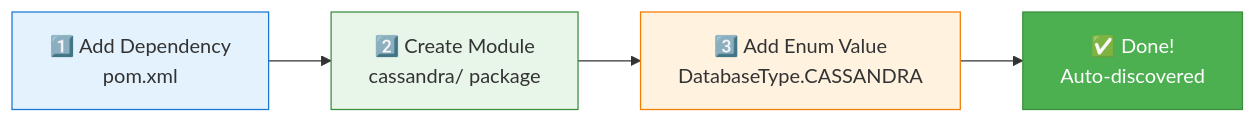
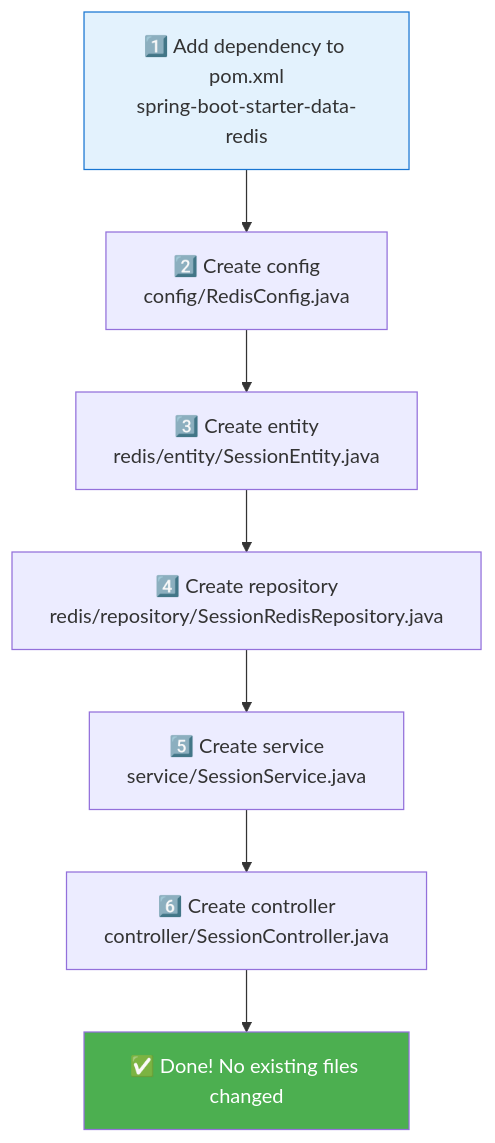
One commit to tapeshchavle/twotier-db changed the seventh of 7 diagrams in README.md. Above: the diagram before and after it, drawn with Mermaid. The commit also changed other lines of this file and 21 other files, not shown here.

````diff
--- a/README.md
+++ b/README.md
@@ -468,11 +335,13 @@
 ```mermaid
-flowchart LR
-    A["1️⃣ Add Dependency<br>pom.xml"] --> B["2️⃣ Create Module<br>cassandra/ package"]
-    B --> C["3️⃣ Add Enum Value<br>DatabaseType.CASSANDRA"]
-    C --> D["✅ Done!<br>Auto-discovered"]
-    
+flowchart TD
+    A["1️⃣ Add dependency to pom.xml<br>spring-boot-starter-data-redis"] --> B
+    B["2️⃣ Create config<br>config/RedisConfig.java"] --> C
+    C["3️⃣ Create entity<br>redis/entity/SessionEntity.java"] --> D
+    D["4️⃣ Create repository<br>redis/repository/SessionRedisRepository.java"] --> E
+    E["5️⃣ Create service<br>service/SessionService.java"] --> F
+    F["6️⃣ Create controller<br>controller/SessionController.java"] --> G
+    G["✅ Done! No existing files changed"]
+
     style A fill:#E3F2FD,stroke:#1976D2
-    style B fill:#E8F5E9,stroke:#388E3C
-    style C fill:#FFF3E0,stroke:#F57C00
-    style D fill:#4CAF50,color:#fff,stroke:#388E3C
+    style G fill:#4CAF50,color:#fff
 ```
````
